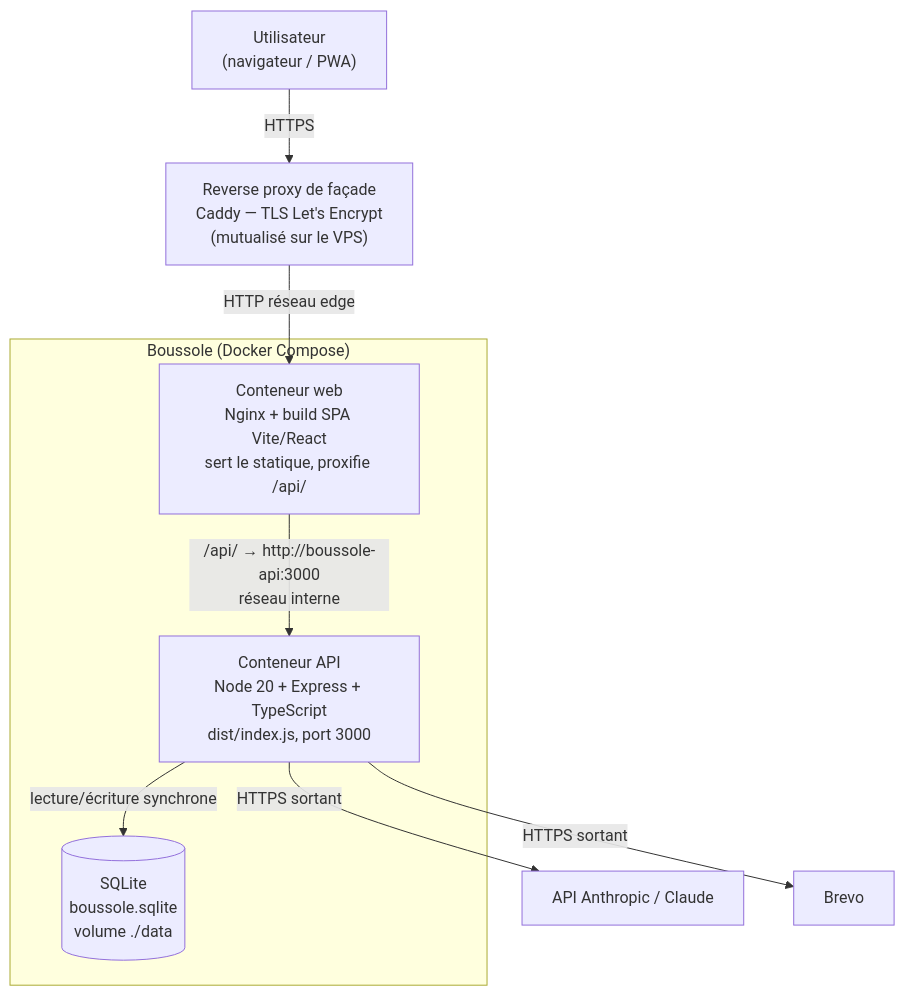
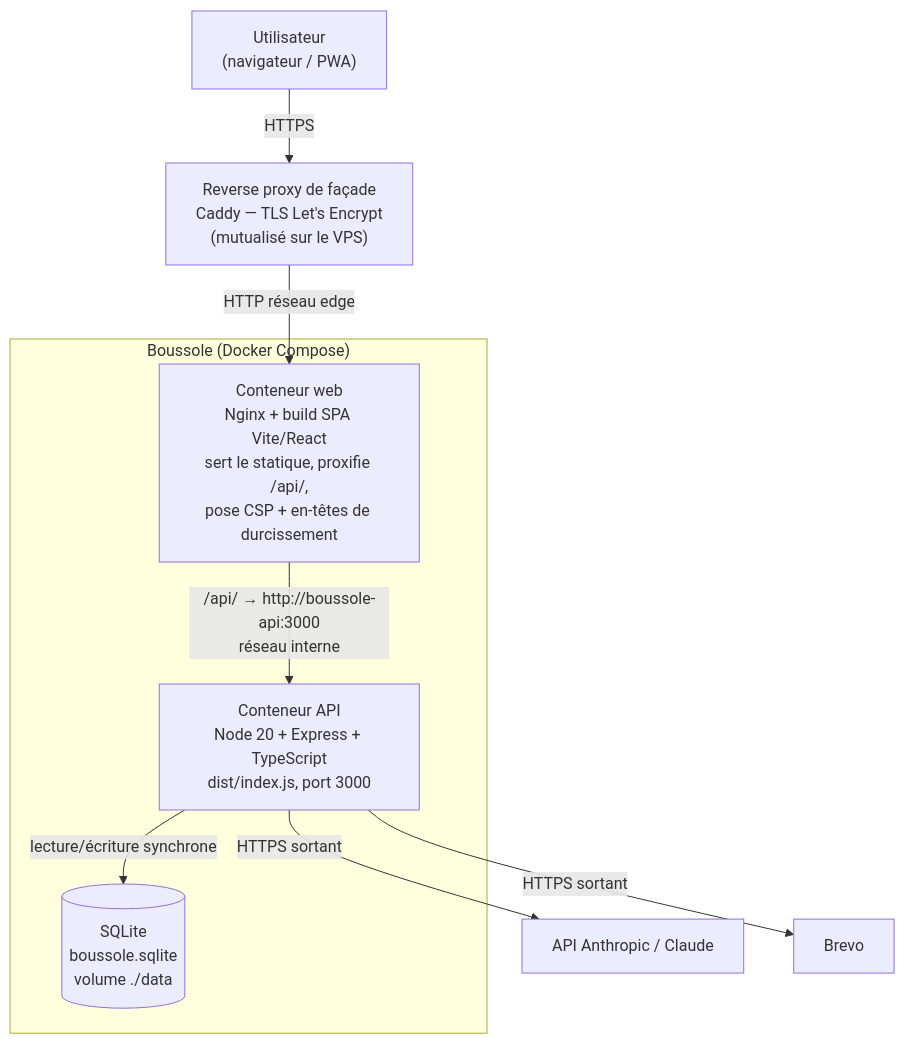
The second of 5 diagrams in app/api/src/wiki/content/technical-architecture.md (melafrit/FAD130_accompagnement_pro), drawn with Mermaid before and after one commit. The commit also changed other lines of this file and 14 other files, not shown here.

````diff
--- a/app/api/src/wiki/content/technical-architecture.md
+++ b/app/api/src/wiki/content/technical-architecture.md
@@ -71,21 +75,21 @@
 ```mermaid
 graph TD
     user["Utilisateur<br/>(navigateur / PWA)"]
     edge["Reverse proxy de façade<br/>Caddy — TLS Let's Encrypt<br/>(mutualisé sur le VPS)"]
 
     subgraph boussole["Boussole (Docker Compose)"]
-        web["Conteneur web<br/>Nginx + build SPA Vite/React<br/>sert le statique, proxifie /api/"]
+        web["Conteneur web<br/>Nginx + build SPA Vite/React<br/>sert le statique, proxifie /api/,<br/>pose CSP + en-têtes de durcissement"]
         api["Conteneur API<br/>Node 20 + Express + TypeScript<br/>dist/index.js, port 3000"]
         sqlite[("SQLite<br/>boussole.sqlite<br/>volume ./data")]
     end
 
     claude["API Anthropic / Claude"]
     brevo["Brevo"]
 
     user -->|HTTPS| edge
     edge -->|HTTP réseau edge| web
     web -->|/api/ → http://boussole-api:3000<br/>réseau interne| api
     api -->|lecture/écriture synchrone| sqlite
     api -->|HTTPS sortant| claude
     api -->|HTTPS sortant| brevo
 ```
````
